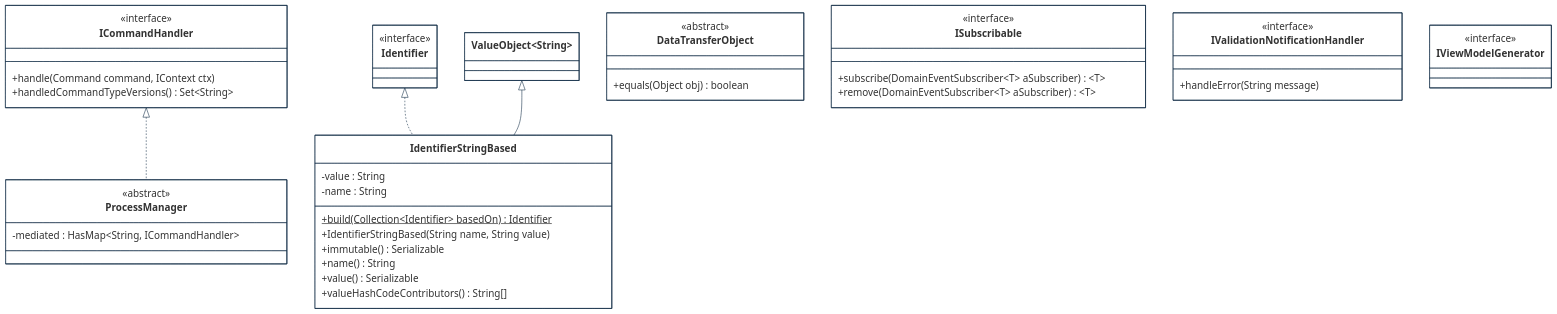
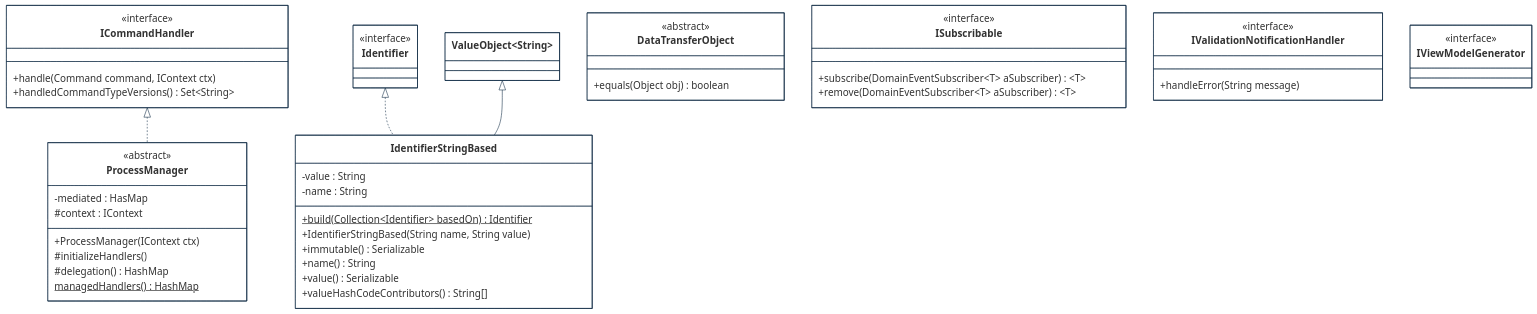
One commit to cybnity/foundation changed the second of 7 diagrams in implementations-line/framework/domain/designview-packages.md. Above: the diagram before and after it, drawn with Mermaid.

````diff
--- a/implementations-line/framework/domain/designview-packages.md
+++ b/implementations-line/framework/domain/designview-packages.md
@@ -103,63 +103,68 @@
 ```mermaid
 %%{
   init: {
     'theme': 'base',
     'themeVariables': {
         'background': '#ffffff',
         'fontFamily': 'arial',
         'fontSize': '18px',
         'primaryColor': '#fff',
         'primaryBorderColor': '#0e2a43',
         'secondaryBorderColor': '#0e2a43',
         'tertiaryBorderColor': '#0e2a43',
         'edgeLabelBackground':'#0e2a43',
         'lineColor': '#0e2a43',
         'tertiaryColor': '#fff'
     }
   }
 }%%
 classDiagram
     ICommandHandler <|.. ProcessManager
     Identifier <|.. IdentifierStringBased
     ValueObject~String~ <|-- IdentifierStringBased
 
     class ICommandHandler {
         <<interface>>
         +handle(Command command, IContext ctx)
         +handledCommandTypeVersions() Set~String~
     }
     class DataTransferObject {
         <<abstract>>
         +equals(Object obj) boolean
     }
     class ProcessManager {
         <<abstract>>
-        -mediated : HasMap~String, ICommandHandler~
+        -mediated : HasMap
+        #context : IContext
+        +ProcessManager(IContext ctx)
+        #initializeHandlers()
+        #delegation() HashMap
+        managedHandlers()$ HashMap
     }
     class Identifier {
         <<interface>>
     }
     class IdentifierStringBased {
         -value : String
         -name : String
         +build(Collection~Identifier~ basedOn)$ Identifier
         +IdentifierStringBased(String name, String value)
         +immutable() Serializable
         +name() String
         +value() Serializable
         +valueHashCodeContributors() String[]
     }
     class ISubscribable {
         <<interface>>
         +subscribe(DomainEventSubscriber~T~ aSubscriber) ~T~
         +remove(DomainEventSubscriber~T~ aSubscriber) ~T~
     }
     class IValidationNotificationHandler {
         <<interface>>
         +handleError(String message)
     }
     class IViewModelGenerator {
         <<interface>>
     }
 
 ```
````
